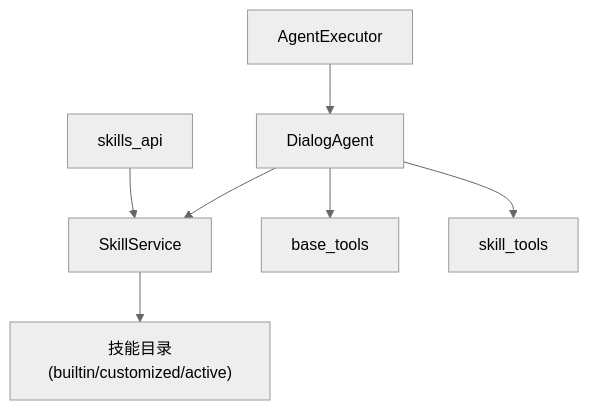
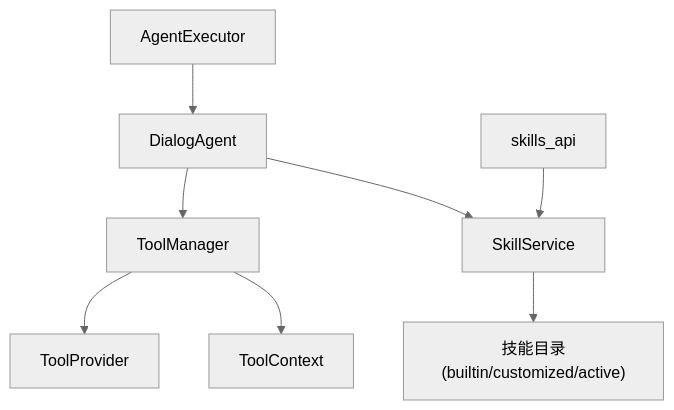
Before and after one commit to KunLabAI/KunFlix: the ninth of 9 diagrams in .qoder/repowiki/zh/content/后端服务架构/业务服务层/智能体执行服务/技能工具系统.md, drawn with Mermaid (neutral theme). The commit also changed other lines of this file and 15 other files, not shown here.

First line of the commit message:
feat(tool-manager): 重构技能工具系统引入统一工具管理器架构

````diff
--- a/.qoder/repowiki/zh/content/后端服务架构/业务服务层/智能体执行服务/技能工具系统.md
+++ b/.qoder/repowiki/zh/content/后端服务架构/业务服务层/智能体执行服务/技能工具系统.md
@@ -349,9 +460,10 @@
 ```mermaid
 graph TB
+TM["ToolManager"] --> TP["ToolProvider"]
+TM --> TC["ToolContext"]
 SM["SkillService"] --> DIR["技能目录(builtin/customized/active)"]
-AG["DialogAgent"] --> SM
-AG --> BT["base_tools"]
-AG --> ST["skill_tools"]
+AG["DialogAgent"] --> TM
+AG --> SM
 AE["AgentExecutor"] --> AG
 API["skills_api"] --> SM
 ```
````
